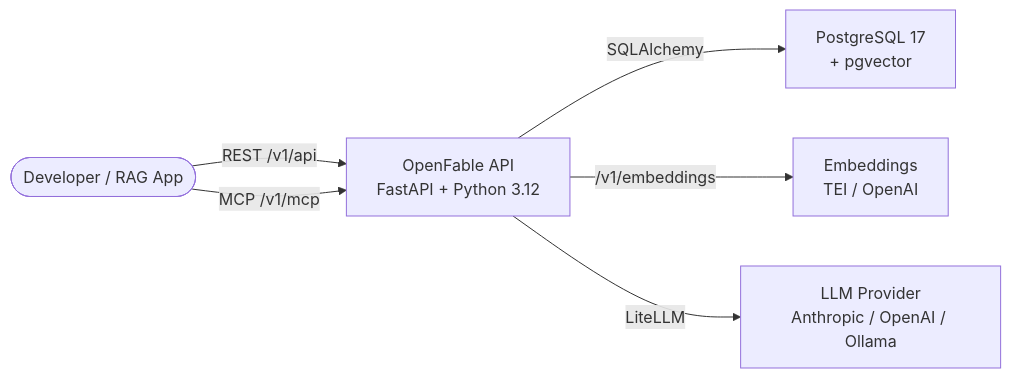
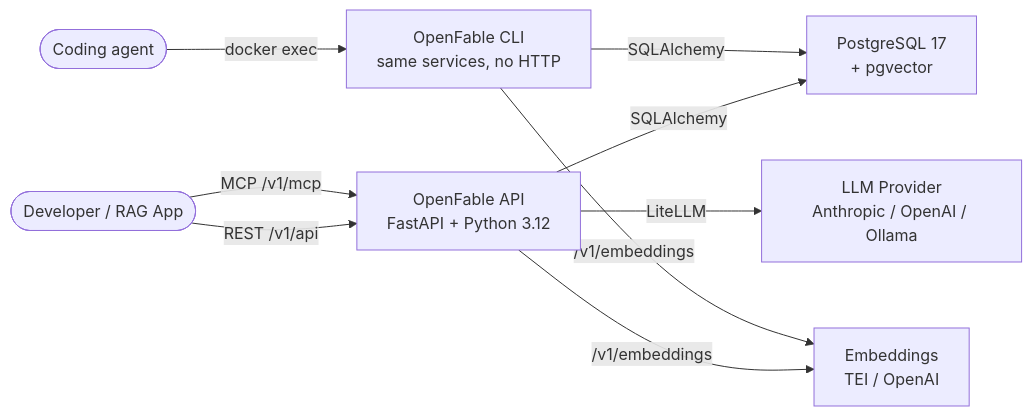
One commit to alainbrown/openfable changed the diagram in README.md. Above: the diagram before and after it, drawn with Mermaid. The commit also changed other lines of this file, not shown here.

First line of the commit message:
docs: lead the README with agent install and usage

````diff
--- a/README.md
+++ b/README.md
@@ -98,14 +141,19 @@
 ```mermaid
 flowchart LR
     client([Developer / RAG App])
+    agent([Coding agent])
     api["OpenFable API<br/>FastAPI + Python 3.12"]
+    cli["OpenFable CLI<br/>same services, no HTTP"]
     db["PostgreSQL 17<br/>+ pgvector"]
     embeddings["Embeddings<br/>TEI / OpenAI"]
     llm["LLM Provider<br/>Anthropic / OpenAI / Ollama"]
 
     client -- "REST /v1/api" --> api
     client -- "MCP /v1/mcp" --> api
+    agent -- "docker exec" --> cli
     api -- "SQLAlchemy" --> db
+    cli -- "SQLAlchemy" --> db
     api -- "/v1/embeddings" --> embeddings
+    cli -- "/v1/embeddings" --> embeddings
     api -- "LiteLLM" --> llm
 ```
````
